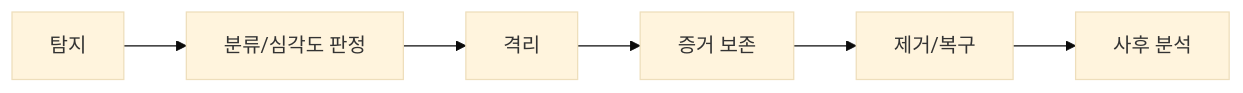
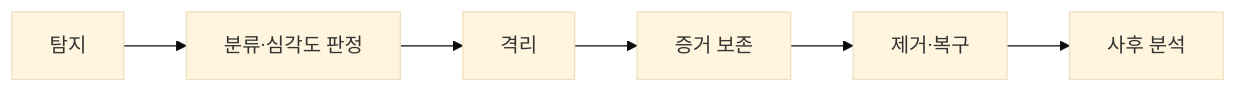
The diagram in src/content/docs/ko/security/incident-response.md (cloudpickr/cloudpick-docs), drawn with Mermaid (base theme) before and after one commit. The commit also changed 29 other files, not shown here.

First line of the commit message:
fix: Mermaid 전수조사 — 노드 라벨 슬래시 13건 수정 (ko/en/ja)

````diff
--- a/src/content/docs/ko/security/incident-response.md
+++ b/src/content/docs/ko/security/incident-response.md
@@ -18,4 +18,4 @@
 ```mermaid
 graph LR
-    A[탐지] --> B[분류/심각도 판정] --> C[격리] --> D[증거 보존] --> E[제거/복구] --> F[사후 분석]
+    A[탐지] --> B[분류·심각도 판정] --> C[격리] --> D[증거 보존] --> E[제거·복구] --> F[사후 분석]
 ```
````
